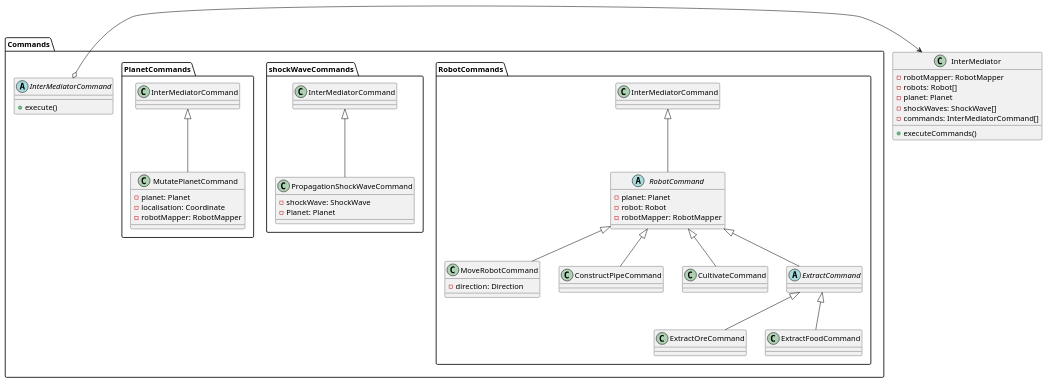
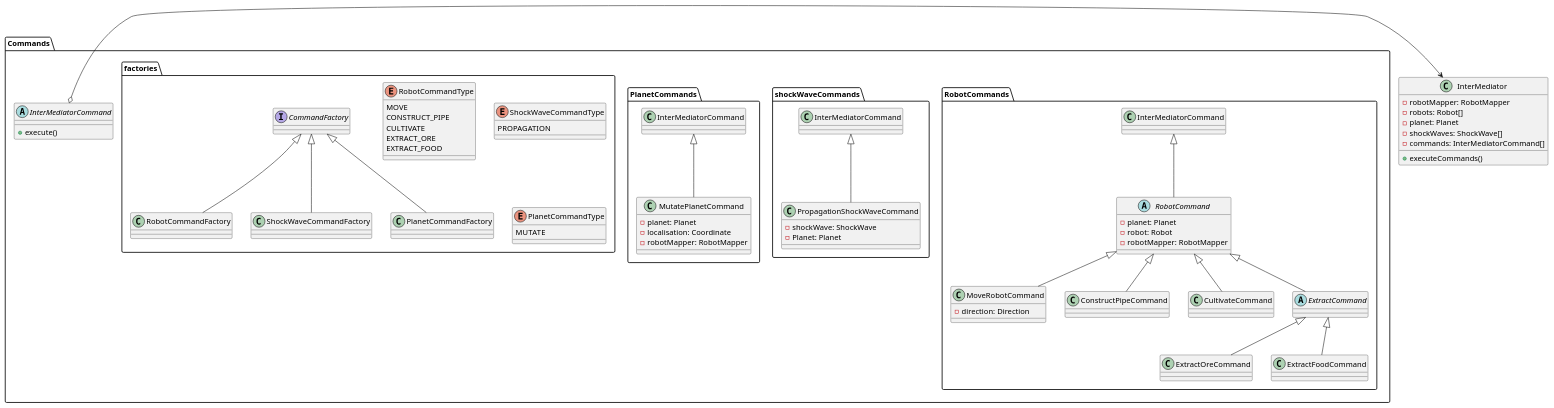
The diagram in uml/model/Intermediator Commands.puml (LEBOCQTitouan/ia-ensicaen-colonisation), drawn with PlantUML before and after one commit.

Commit message:
Adding factories to the command modelisation.

```diff
--- a/uml/model/Intermediator Commands.puml
+++ b/uml/model/Intermediator Commands.puml
@@ -1,57 +1,81 @@
 @startuml
 'https://plantuml.com/class-diagram
 
 class InterMediator {
     -robotMapper: RobotMapper
     -robots: Robot[]
     -planet: Planet
     -shockWaves: ShockWave[]
     -commands: InterMediatorCommand[]
     +executeCommands()
 }
 
 
 package Commands {
     InterMediatorCommand o-> InterMediator
 
     abstract class InterMediatorCommand {
         +execute()
     }
 
     package RobotCommands {
         abstract class RobotCommand extends InterMediatorCommand {
             -planet: Planet
             -robot: Robot
             -robotMapper: RobotMapper
         }
 
         class MoveRobotCommand extends RobotCommand {
             -direction: Direction
         }
 
         class ConstructPipeCommand extends RobotCommand {}
         class CultivateCommand extends RobotCommand {}
 
         abstract class ExtractCommand extends RobotCommand {}
 
         class ExtractOreCommand extends ExtractCommand {}
         class ExtractFoodCommand extends ExtractCommand {}
     }
 
     package shockWaveCommands {
         class PropagationShockWaveCommand extends InterMediatorCommand {
             -shockWave: ShockWave
             -Planet: Planet
         }
     }
 
     package PlanetCommands {
         class MutatePlanetCommand extends InterMediatorCommand {
             -planet: Planet
             -localisation: Coordinate
             -robotMapper: RobotMapper
         }
     }
+
+    package factories {
+        interface CommandFactory {}
+
+        class RobotCommandFactory extends CommandFactory {}
+        class ShockWaveCommandFactory extends CommandFactory {}
+        class PlanetCommandFactory extends CommandFactory {}
+
+        enum RobotCommandType {
+            MOVE
+            CONSTRUCT_PIPE
+            CULTIVATE
+            EXTRACT_ORE
+            EXTRACT_FOOD
+        }
+
+        enum ShockWaveCommandType {
+            PROPAGATION
+        }
+
+        enum PlanetCommandType {
+            MUTATE
+        }
+    }
 }
 
 @enduml
```
